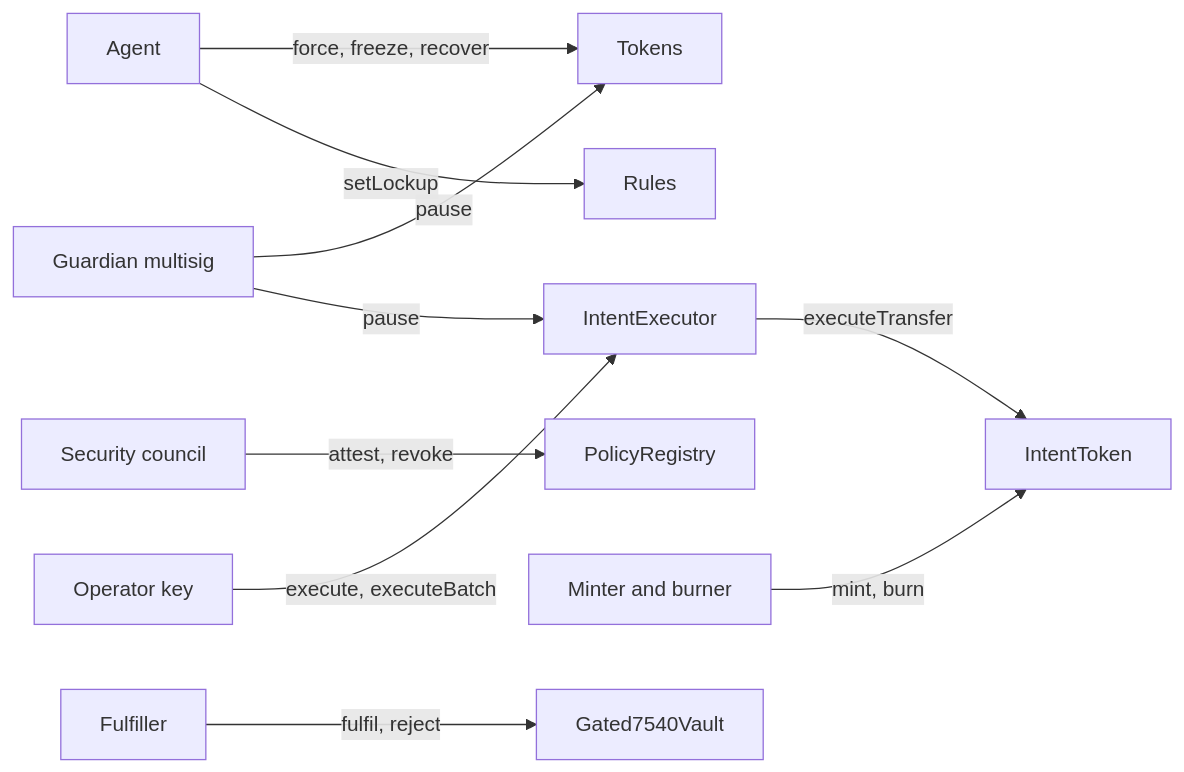
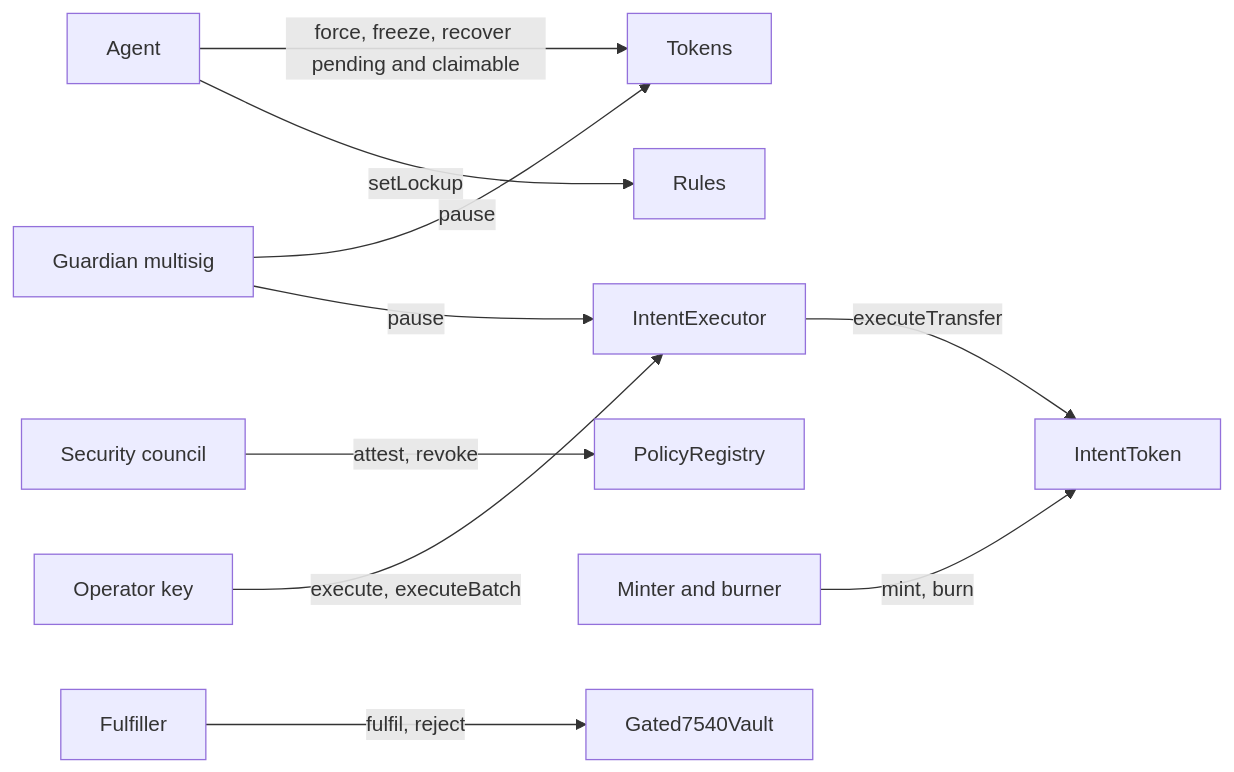
One commit to fepvenancio/rwa-token changed the second of 2 diagrams in docs/roles.md. Above: the diagram before and after it, drawn with Mermaid. The commit also changed other lines of this file and 7 other files, not shown here.

Commit message:
docs: guides updated for v0.2.0 (recovery timelock, plain-transfer rejects, claim-time checks, recoverClaimable, full-delegate operators)

````diff
--- a/docs/roles.md
+++ b/docs/roles.md
@@ -57,12 +64,12 @@
 ```mermaid
 flowchart LR
   Guard["Guardian multisig"] -->|"pause"| Tokens["Tokens"]
   Guard -->|"pause"| Exec["IntentExecutor"]
-  Agent["Agent"] -->|"force, freeze, recover"| Tokens
+  Agent["Agent"] -->|"force, freeze, recover pending and claimable"| Tokens
   Agent -->|"setLockup"| Rules["Rules"]
   Council["Security council"] -->|"attest, revoke"| Reg["PolicyRegistry"]
   Issuer["Minter and burner"] -->|"mint, burn"| IT["IntentToken"]
   Op["Operator key"] -->|"execute, executeBatch"| Exec
   Exec -->|"executeTransfer"| IT
   Bank["Fulfiller"] -->|"fulfil, reject"| V7["Gated7540Vault"]
 ```
````
